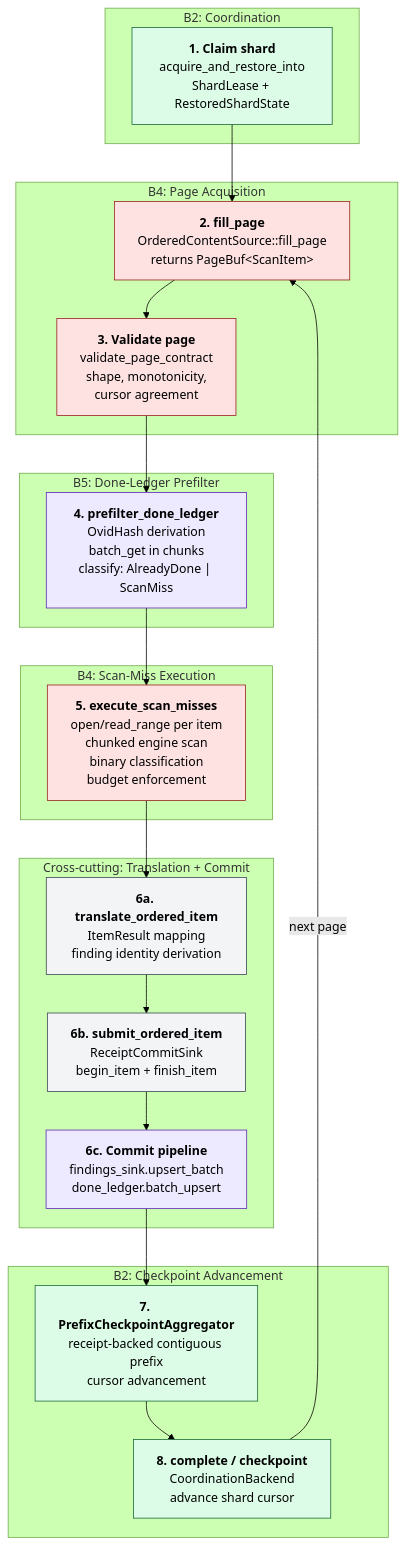
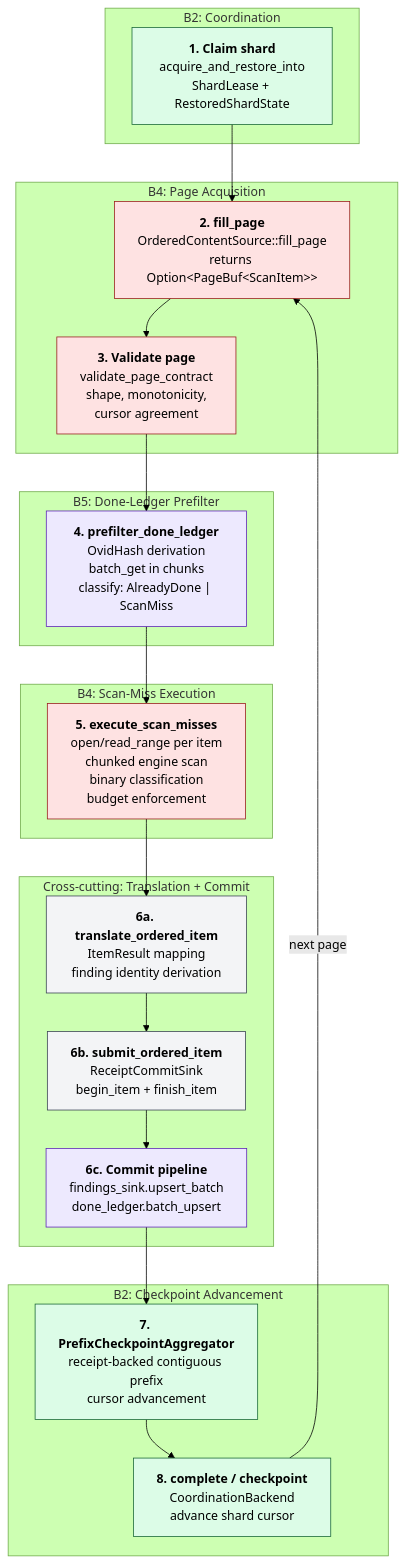
Before and after one commit to ahrav/Gossip-rs: the first of 5 diagrams in diagrams/15-ordered-content-scan-flow.md, drawn with Mermaid (forest theme). The commit also changed 1 other file, not shown here.

Commit message:
docs: audit drift fixes [connectors]
Auto-fix file inventories, type counts, identifier renames, and
cross-references for connectors boundary docs.

````diff
--- a/diagrams/15-ordered-content-scan-flow.md
+++ b/diagrams/15-ordered-content-scan-flow.md
@@ -26,53 +26,53 @@
 ```mermaid
 %% Diagram: ordered-content-shard-lifecycle
 graph TD
     subgraph Coordination["B2: Coordination"]
         CLAIM["<b>1. Claim shard</b><br/>acquire_and_restore_into<br/>ShardLease + RestoredShardState"]
     end
 
     subgraph PageAcq["B4: Page Acquisition"]
-        FILL["<b>2. fill_page</b><br/>OrderedContentSource::fill_page<br/>returns PageBuf&lt;ScanItem&gt;"]
+        FILL["<b>2. fill_page</b><br/>OrderedContentSource::fill_page<br/>returns Option&lt;PageBuf&lt;ScanItem&gt;&gt;"]
         VAL["<b>3. Validate page</b><br/>validate_page_contract<br/>shape, monotonicity,<br/>cursor agreement"]
     end
 
     subgraph Prefilter["B5: Done-Ledger Prefilter"]
         PRE["<b>4. prefilter_done_ledger</b><br/>OvidHash derivation<br/>batch_get in chunks<br/>classify: AlreadyDone | ScanMiss"]
     end
 
     subgraph Execution["B4: Scan-Miss Execution"]
         EXEC["<b>5. execute_scan_misses</b><br/>open/read_range per item<br/>chunked engine scan<br/>binary classification<br/>budget enforcement"]
     end
 
     subgraph Translation["Cross-cutting: Translation + Commit"]
         XLAT["<b>6a. translate_ordered_item</b><br/>ItemResult mapping<br/>finding identity derivation"]
         SINK["<b>6b. submit_ordered_item</b><br/>ReceiptCommitSink<br/>begin_item + finish_item"]
         PIPE["<b>6c. Commit pipeline</b><br/>findings_sink.upsert_batch<br/>done_ledger.batch_upsert"]
     end
 
     subgraph Checkpoint["B2: Checkpoint Advancement"]
         AGG["<b>7. PrefixCheckpointAggregator</b><br/>receipt-backed contiguous prefix<br/>cursor advancement"]
         COMP["<b>8. complete / checkpoint</b><br/>CoordinationBackend<br/>advance shard cursor"]
     end
 
     CLAIM --> FILL
     FILL --> VAL
     VAL --> PRE
     PRE --> EXEC
     EXEC --> XLAT
     XLAT --> SINK
     SINK --> PIPE
     PIPE --> AGG
     AGG --> COMP
     COMP -->|"next page"| FILL
 
     style CLAIM fill:#DCFCE7,stroke:#166534
     style FILL fill:#FEE2E2,stroke:#991B1B
     style VAL fill:#FEE2E2,stroke:#991B1B
     style PRE fill:#EDE9FE,stroke:#5B21B6
     style EXEC fill:#FEE2E2,stroke:#991B1B
     style XLAT fill:#F3F4F6,stroke:#374151
     style SINK fill:#F3F4F6,stroke:#374151
     style PIPE fill:#EDE9FE,stroke:#5B21B6
     style AGG fill:#DCFCE7,stroke:#166534
     style COMP fill:#DCFCE7,stroke:#166534
 ```
````
